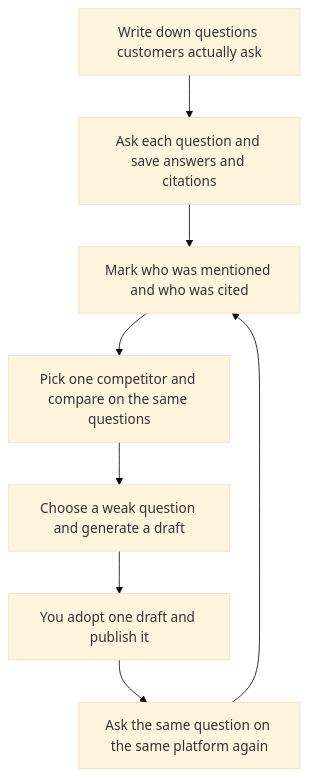
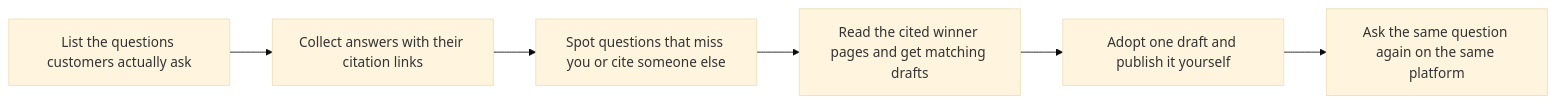
Before and after one commit to cooleryu/opengeo: the first of 3 diagrams in docs/getting-started.md, drawn with Mermaid (base theme). The commit also changed other lines of this file and 2 other files, not shown here.

Commit message:
docs: publish README.md, docs/getting-started.md via OpenGEO

````diff
--- a/docs/getting-started.md
+++ b/docs/getting-started.md
@@ -79,10 +26,8 @@
 ```mermaid
-flowchart TD
-    A["Write down questions customers actually ask"] --> B["Ask each question and save answers and citations"]
-    B --> C["Mark who was mentioned and who was cited"]
-    C --> D["Pick one competitor and compare on the same questions"]
-    D --> E["Choose a weak question and generate a draft"]
-    E --> F["You adopt one draft and publish it"]
-    F --> G["Ask the same question on the same platform again"]
-    G --> C
+flowchart LR
+    A["List the questions customers actually ask"] --> B["Collect answers with their citation links"]
+    B --> C["Spot questions that miss you or cite someone else"]
+    C --> D["Read the cited winner pages and get matching drafts"]
+    D --> E["Adopt one draft and publish it yourself"]
+    E --> F["Ask the same question again on the same platform"]
 ```
````
